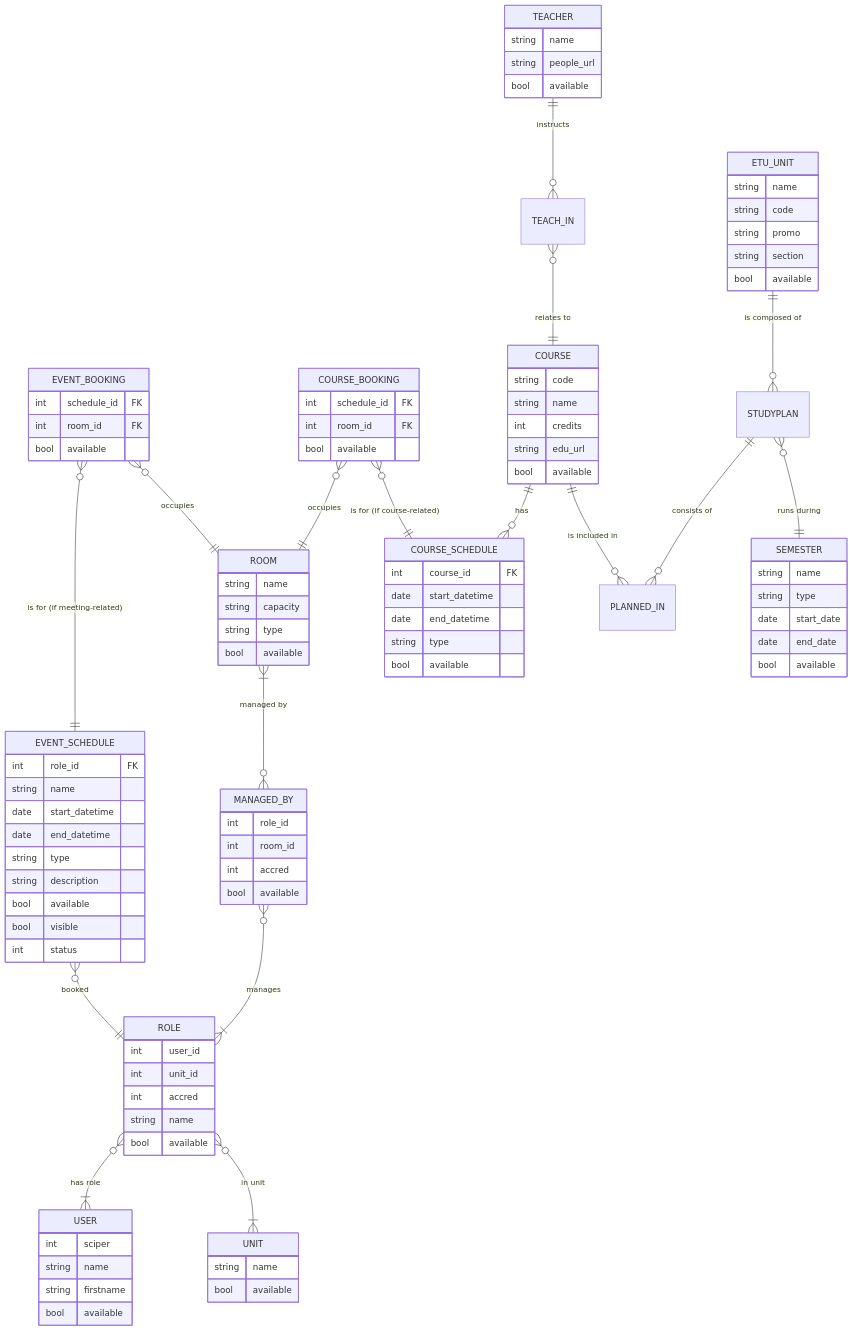
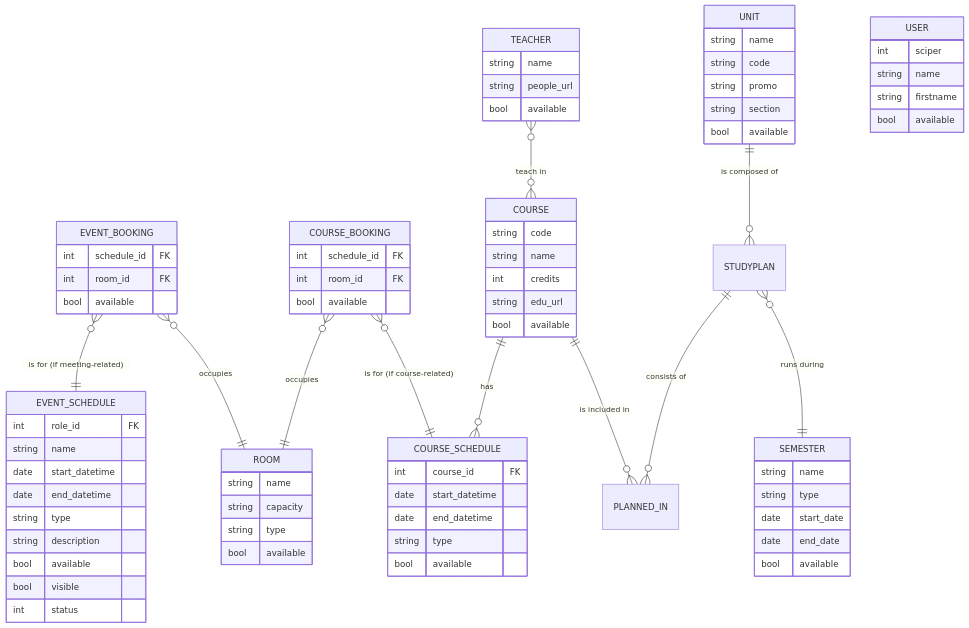
Before and after one commit to antoninfaure/occupancy-epfl: the diagram in README.md, drawn with Mermaid. The commit also changed 21 other files, not shown here.

```diff
--- a/README.md
+++ b/README.md
@@ -57,48 +57,18 @@
     COURSE_BOOKING }o--|| ROOM : "occupies"
     COURSE_BOOKING }o--|| COURSE_SCHEDULE : "is for (if course-related)"
     COURSE ||--o{ COURSE_SCHEDULE : "has"
-    TEACH_IN }o--|| COURSE : "relates to"
     EVENT_BOOKING }o--|| ROOM : "occupies"
-    TEACHER ||--o{ TEACH_IN: "instructs"
+    TEACHER }o--o{ COURSE: "teach in"
     COURSE ||--o{ PLANNED_IN : "is included in"
     STUDYPLAN ||--o{ PLANNED_IN : "consists of"
     STUDYPLAN }o--|| SEMESTER : "runs during"
-    ETU_UNIT ||--o{ STUDYPLAN : "is composed of"
-    EVENT_SCHEDULE }o--|| ROLE : "booked"
-    ROLE }o--|{ USER : "has role"
-    ROLE }o--|{ UNIT : "in unit"
-    ROOM }|--o{ MANAGED_BY : "managed by"
-    MANAGED_BY }o--|{ ROLE : "manages"
-
-    UNIT {
-      string name
-      bool available
-    }
-
-    ROLE {
-        int user_id
-        int unit_id
-        int accred
-        string name
-        bool available
-    }
-
-    MANAGED_BY {
-      int role_id
-      int room_id
-      int accred
-      bool available
-    }
-
-
+    UNIT ||--o{ STUDYPLAN : "is composed of"
 
     COURSE_BOOKING {
         int schedule_id FK
         int room_id FK
         bool available
     }
-
-
 
     EVENT_SCHEDULE {
         int role_id FK
@@ -153,7 +123,7 @@
         bool available
     }
 
-    ETU_UNIT {
+    UNIT {
         string name
         string code
         string promo
```
